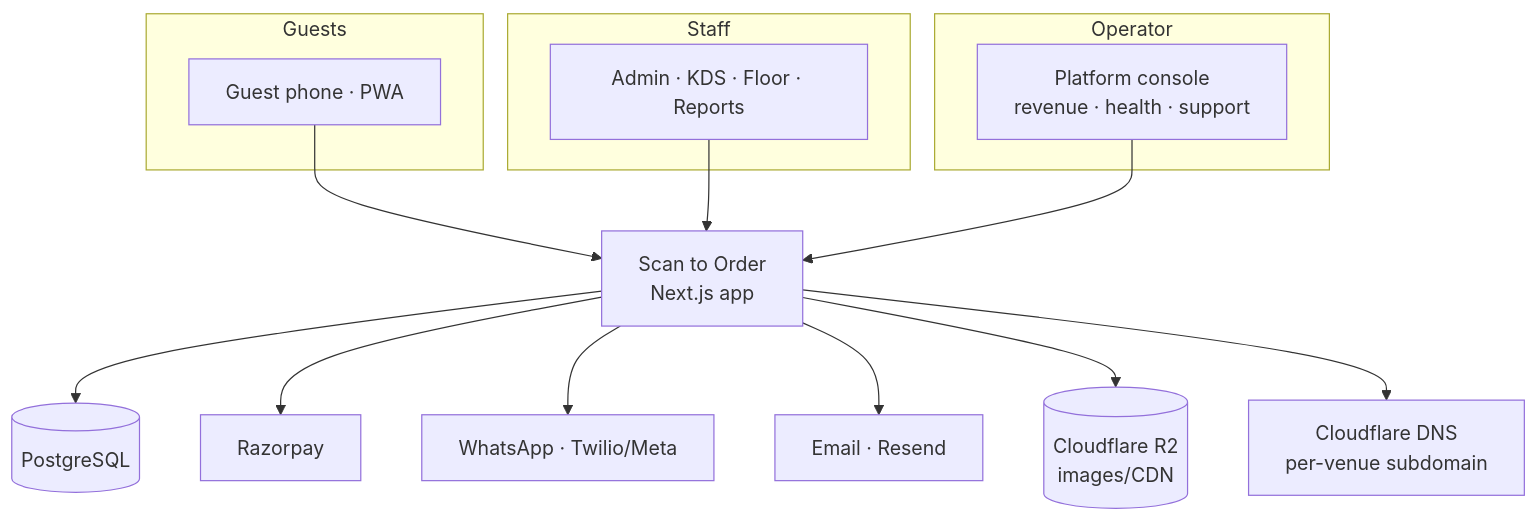
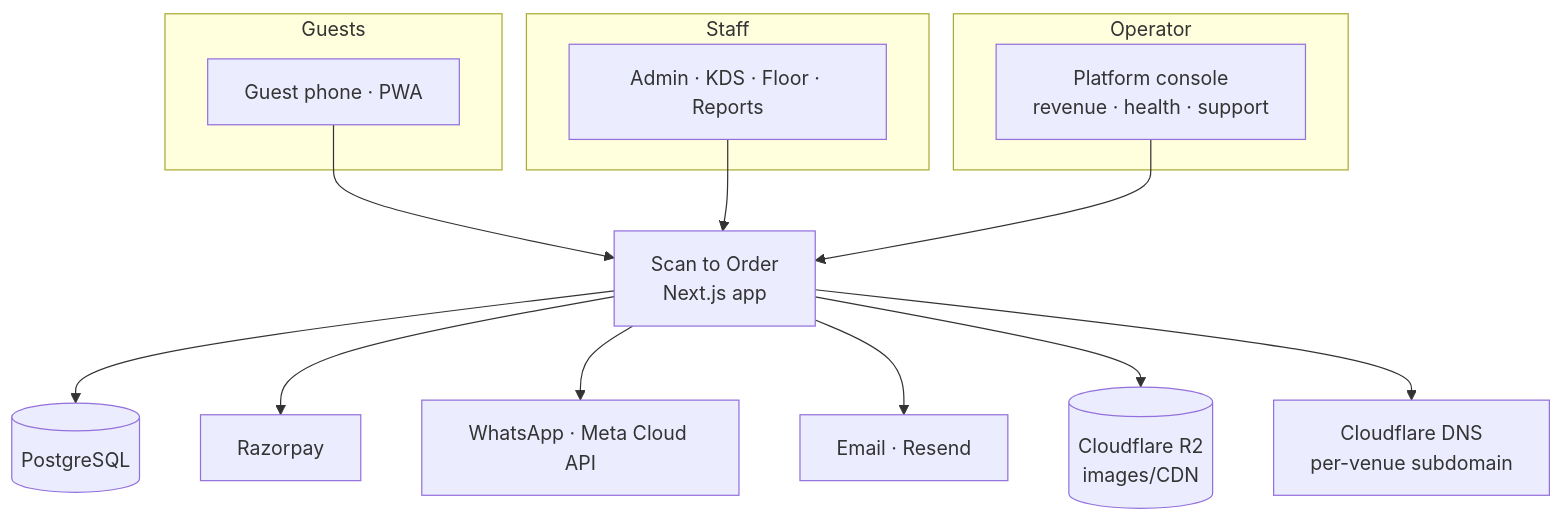
Before and after one commit to MadhuS-1605/scan2order: the eighth of 8 diagrams in docs/flows.md, drawn with Mermaid. The commit also changed 14 other files, not shown here.

First line of the commit message:
chore: remove Twilio (unused) — WhatsApp via Meta, SMS via 2Factor

````diff
--- a/docs/flows.md
+++ b/docs/flows.md
@@ -113,21 +113,21 @@
 ```mermaid
 flowchart TB
     subgraph Guests
       Phone[Guest phone · PWA]
     end
     subgraph Staff
       Admin[Admin · KDS · Floor · Reports]
     end
     Phone --> App[Scan to Order<br/>Next.js app]
     Admin --> App
     App --> DB[(PostgreSQL)]
     App --> RZP[Razorpay]
-    App --> WA[WhatsApp · Twilio/Meta]
+    App --> WA[WhatsApp · Meta Cloud API]
     App --> Mail[Email · Resend]
     App --> R2[(Cloudflare R2<br/>images/CDN)]
     App --> CF[Cloudflare DNS<br/>per-venue subdomain]
     subgraph Operator
       Super[Platform console<br/>revenue · health · support]
     end
     Super --> App
 ```
````
